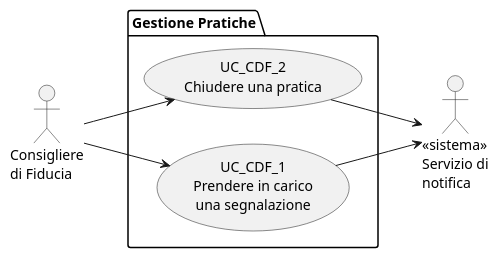
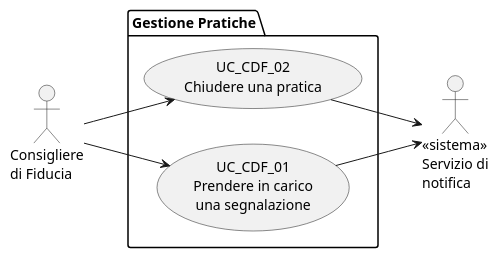
One commit to pharos-oss/pharos changed the diagram in docs/models/use_cases/UCD_02_CDF.puml. Above: the diagram before and after it, drawn with PlantUML. The commit also changed 6 other files, not shown here.

Commit message:
fix: corretta logica della tabella degli oggetti, corretti errori nei diagrammi casi d'uso

```diff
--- a/docs/models/use_cases/UCD_02_CDF.puml
+++ b/docs/models/use_cases/UCD_02_CDF.puml
@@ -1,18 +1,18 @@
 @startuml
 left to right direction
 
 actor "Consigliere\ndi Fiducia" as cdf
 actor "<<sistema>>\nServizio di\nnotifica" as sn
 
 package "Gestione Pratiche" {
-  usecase "UC_CDF_2\nChiudere una pratica" as uc2
-  usecase "UC_CDF_1\nPrendere in carico\nuna segnalazione" as uc1
+  usecase "UC_CDF_02\nChiudere una pratica" as uc2
+  usecase "UC_CDF_01\nPrendere in carico\nuna segnalazione" as uc1
 }
 
 cdf --> uc2
 cdf --> uc1
 
 uc2 --> sn
 uc1 --> sn
 
 @enduml
```
